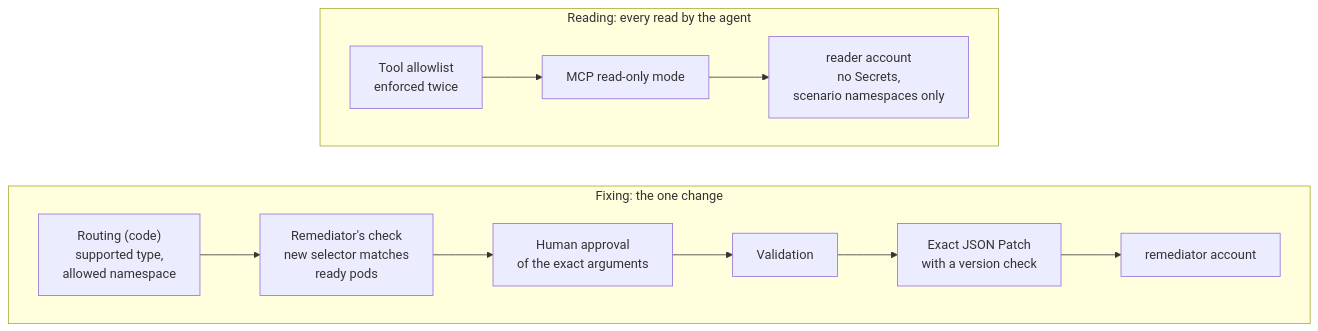
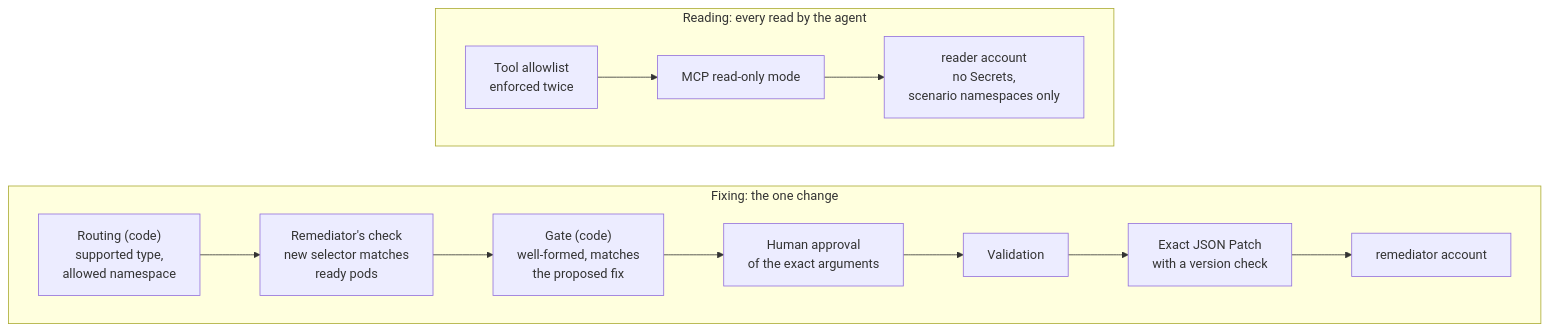
The sixth of 7 diagrams in SPEC.md (tomershukhman/k8s-troubleshooting-agent), drawn with Mermaid before and after one commit. The commit also changed other lines of this file and 29 other files, not shown here.

````diff
--- a/SPEC.md
+++ b/SPEC.md
@@ -605,11 +631,11 @@
 ```mermaid
 flowchart LR
     subgraph fixing["Fixing: the one change"]
         direction LR
-        f0["Routing (code)<br/>supported type,<br/>allowed namespace"] --> f1["Remediator's check<br/>new selector matches<br/>ready pods"] --> f2["Human approval<br/>of the exact arguments"] --> f3["Validation"] --> f4["Exact JSON Patch<br/>with a version check"] --> f5["remediator account"]
+        f0["Routing (code)<br/>supported type,<br/>allowed namespace"] --> f1["Remediator's check<br/>new selector matches<br/>ready pods"] --> fg["Gate (code)<br/>well-formed, matches<br/>the proposed fix"] --> f2["Human approval<br/>of the exact arguments"] --> f3["Validation"] --> f4["Exact JSON Patch<br/>with a version check"] --> f5["remediator account"]
     end
     subgraph reading["Reading: every read by the agent"]
         direction LR
         r1["Tool allowlist<br/>enforced twice"] --> r2["MCP read-only mode"] --> r3["reader account<br/>no Secrets,<br/>scenario namespaces only"]
     end
 ```
````
